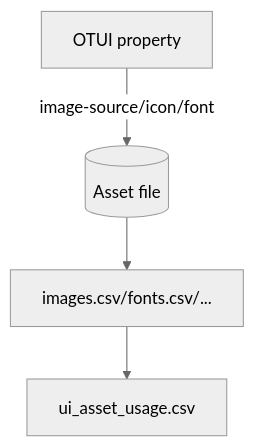
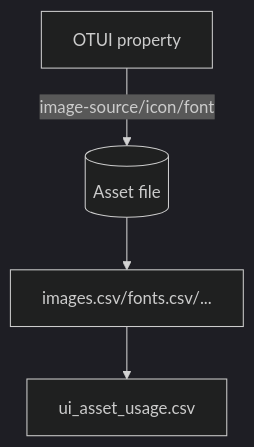
Before and after one commit to lukaszj321/otcv8-dev: the fourth of 4 diagrams in docs/authoring/_sources/chapter_11_data_docs_export_kit_authoring_agent_ready.md, drawn with Mermaid. The commit also changed other lines of this file and 72 other files, not shown here.

First line of the commit message:
Fix Mermaid diagram syntax - remove braces and standardize theme to dark

````diff
--- a/docs/authoring/_sources/chapter_11_data_docs_export_kit_authoring_agent_ready.md
+++ b/docs/authoring/_sources/chapter_11_data_docs_export_kit_authoring_agent_ready.md
@@ -689,7 +689,7 @@
-```{mermaid}
-%%{init: { 'theme': 'neutral' }}%%
+```mermaid
+%%{init: { 'theme': 'dark' }}%%
 graph TD
   I[OTUI property] -->|image-source/icon/font| ASSET[(Asset file)]
   ASSET --> INDEX[images.csv/fonts.csv/...]
   INDEX --> UI[ui_asset_usage.csv]
 ```
````
